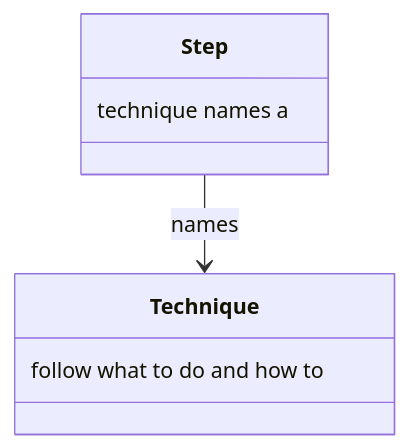
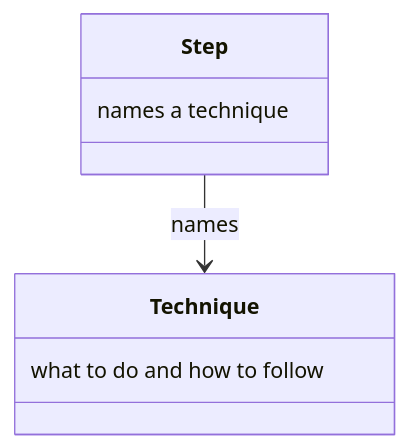
The tenth of 20 diagrams in docs/architecture.md (m2ux/workflow-server), drawn with Mermaid before and after one commit. The commit also changed other lines of this file and 10 other files, not shown here.

Commit message:
Write each class-box note in reading order so the diagram shows the phrase as written.

````diff
--- a/docs/architecture.md
+++ b/docs/architecture.md
@@ -141,10 +141,10 @@
 ```mermaid
 classDiagram
   class Step {
-    technique names a
+    names a technique
   }
   class Technique {
-    follow what to do and how to
+    what to do and how to follow
   }
   Step --> Technique : names
 ```
````
